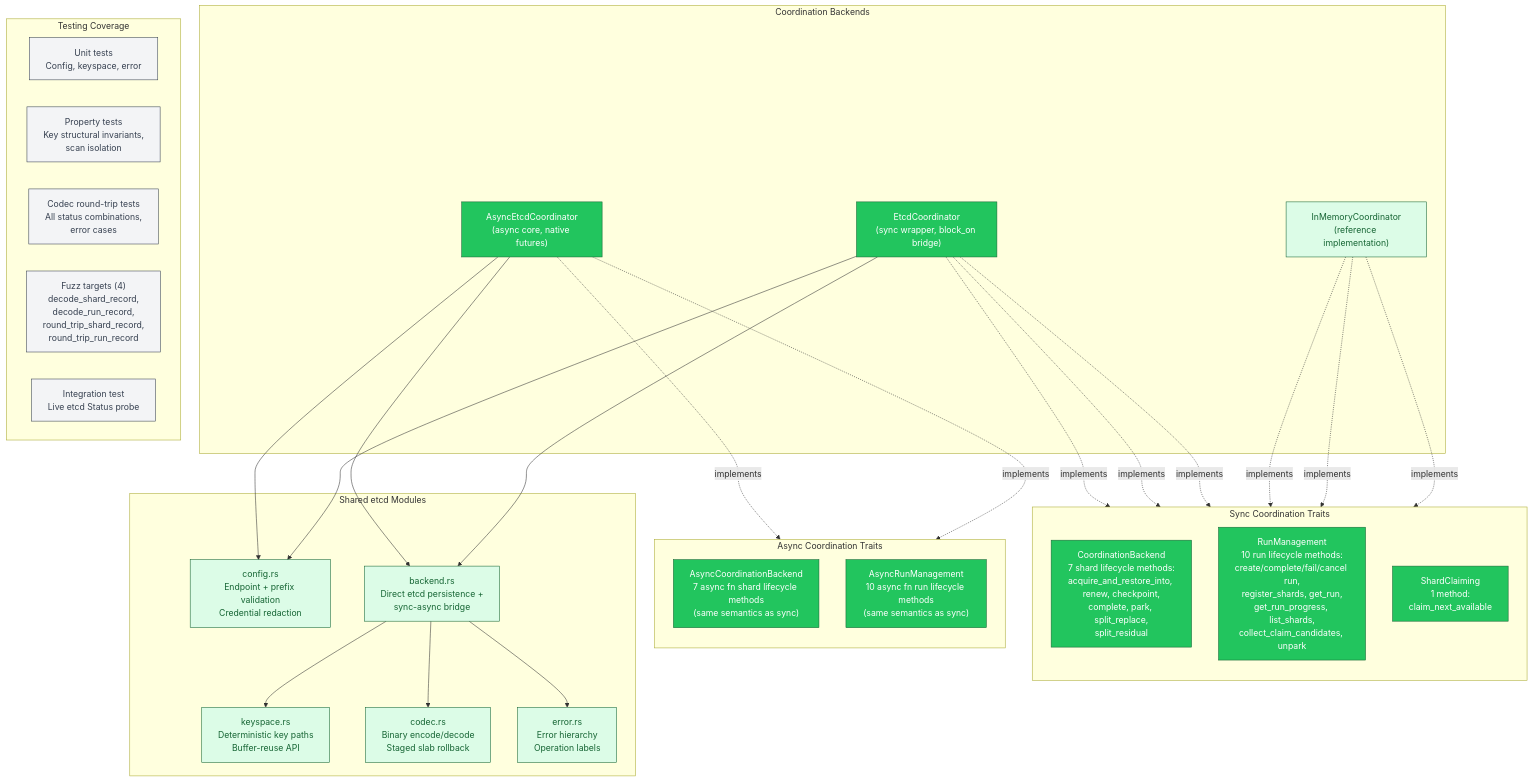
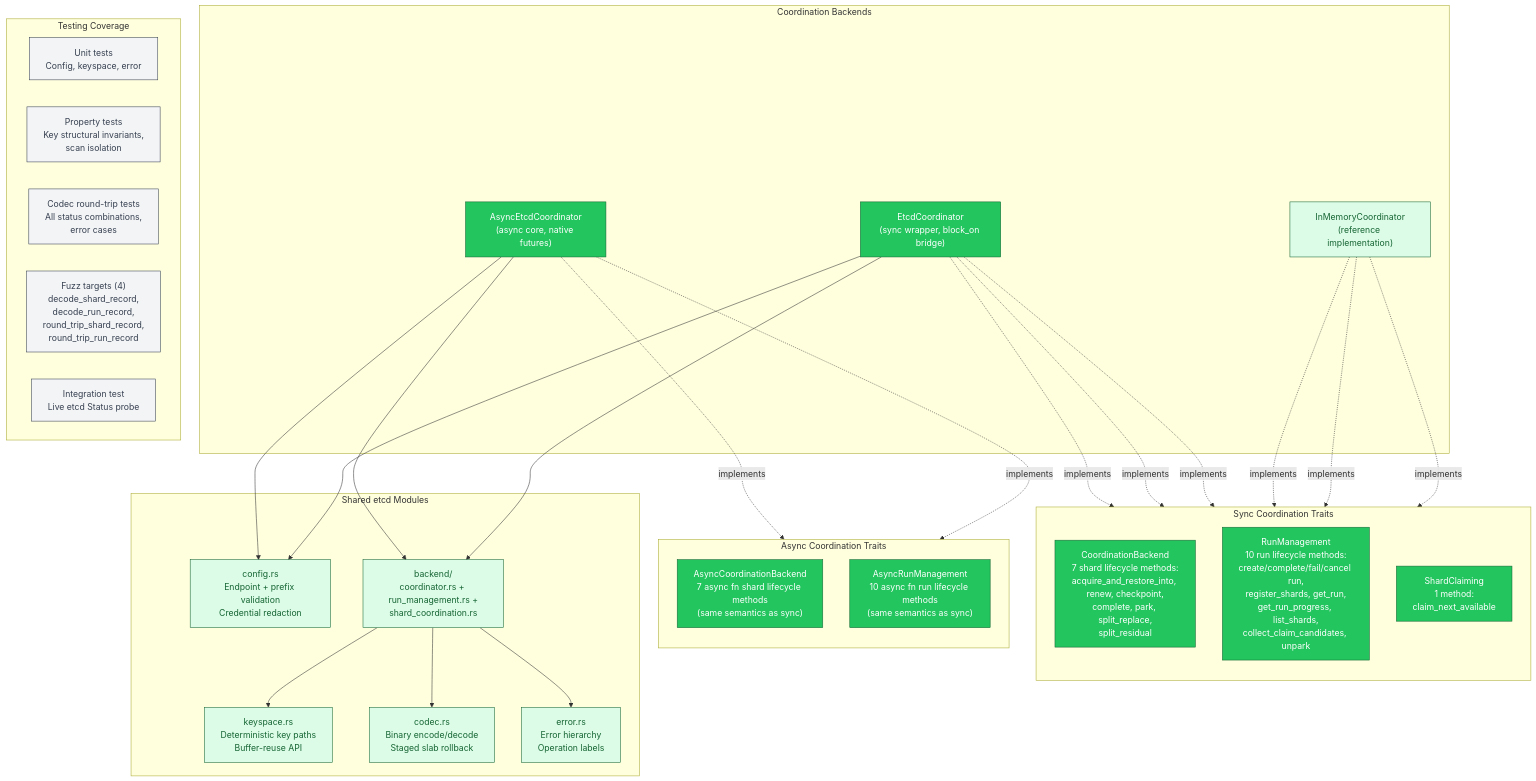
One commit to ahrav/Gossip-rs changed the sixth of 6 diagrams in diagrams/20-etcd-coordinator-persistence.md. Above: the diagram before and after it, drawn with Mermaid. The commit also changed other lines of this file and 1 other file, not shown here.

````diff
--- a/diagrams/20-etcd-coordinator-persistence.md
+++ b/diagrams/20-etcd-coordinator-persistence.md
@@ -439,80 +439,80 @@
 ```mermaid
 %% Diagram: etcd-trait-integration
 graph TB
     subgraph sync_traits ["Sync Coordination Traits"]
         direction TB
         CB_TRAIT["CoordinationBackend<br/>7 shard lifecycle methods:<br/>acquire_and_restore_into, renew, checkpoint,<br/>complete, park, split_replace,<br/>split_residual"]
         RM_TRAIT["RunManagement<br/>10 run lifecycle methods:<br/>create/complete/fail/cancel run,<br/>register_shards, get_run,<br/>get_run_progress, list_shards,<br/>collect_claim_candidates, unpark"]
         SC_TRAIT["ShardClaiming<br/>1 method:<br/>claim_next_available"]
     end
 
     subgraph async_traits ["Async Coordination Traits"]
         direction TB
         ACB_TRAIT["AsyncCoordinationBackend<br/>7 async fn shard lifecycle methods<br/>(same semantics as sync)"]
         ARM_TRAIT["AsyncRunManagement<br/>10 async fn run lifecycle methods<br/>(same semantics as sync)"]
     end
 
     subgraph backends ["Coordination Backends"]
         INMEM_BACK["InMemoryCoordinator<br/>(reference implementation)"]
         ETCD_BACK["EtcdCoordinator<br/>(sync wrapper, block_on bridge)"]
         ASYNC_ETCD_BACK["AsyncEtcdCoordinator<br/>(async core, native futures)"]
     end
 
     subgraph etcd_modules ["Shared etcd Modules"]
         MOD_CONFIG["config.rs<br/>Endpoint + prefix validation<br/>Credential redaction"]
         MOD_KS["keyspace.rs<br/>Deterministic key paths<br/>Buffer-reuse API"]
         MOD_CODEC["codec.rs<br/>Binary encode/decode<br/>Staged slab rollback"]
         MOD_ERR["error.rs<br/>Error hierarchy<br/>Operation labels"]
-        MOD_BACK["backend.rs<br/>Direct etcd persistence +<br/>sync-async bridge"]
+        MOD_BACK["backend/<br/>coordinator.rs + run_management.rs +<br/>shard_coordination.rs"]
     end
 
     subgraph testing ["Testing Coverage"]
         UNIT["Unit tests<br/>Config, keyspace, error"]
         PROP["Property tests<br/>Key structural invariants,<br/>scan isolation"]
         CODEC_TEST["Codec round-trip tests<br/>All status combinations,<br/>error cases"]
         FUZZ["Fuzz targets (4)<br/>decode_shard_record,<br/>decode_run_record,<br/>round_trip_shard_record,<br/>round_trip_run_record"]
         INTEG["Integration test<br/>Live etcd Status probe"]
     end
 
     INMEM_BACK -.->|"implements"| CB_TRAIT
     INMEM_BACK -.->|"implements"| RM_TRAIT
     INMEM_BACK -.->|"implements"| SC_TRAIT
 
     ETCD_BACK -.->|"implements"| CB_TRAIT
     ETCD_BACK -.->|"implements"| RM_TRAIT
     ETCD_BACK -.->|"implements"| SC_TRAIT
 
     ASYNC_ETCD_BACK -.->|"implements"| ACB_TRAIT
     ASYNC_ETCD_BACK -.->|"implements"| ARM_TRAIT
 
     ETCD_BACK --> MOD_CONFIG
     ETCD_BACK --> MOD_BACK
     ASYNC_ETCD_BACK --> MOD_CONFIG
     ASYNC_ETCD_BACK --> MOD_BACK
 
     MOD_BACK --> MOD_KS
     MOD_BACK --> MOD_CODEC
     MOD_BACK --> MOD_ERR
 
     style CB_TRAIT fill:#22C55E,stroke:#166534,color:#FFF
     style RM_TRAIT fill:#22C55E,stroke:#166534,color:#FFF
     style SC_TRAIT fill:#22C55E,stroke:#166534,color:#FFF
     style ACB_TRAIT fill:#22C55E,stroke:#166534,color:#FFF
     style ARM_TRAIT fill:#22C55E,stroke:#166534,color:#FFF
 
     style INMEM_BACK fill:#DCFCE7,stroke:#166534,color:#166534
     style ETCD_BACK fill:#22C55E,stroke:#166534,color:#FFF
     style ASYNC_ETCD_BACK fill:#22C55E,stroke:#166534,color:#FFF
 
     style MOD_CONFIG fill:#DCFCE7,stroke:#166534,color:#166534
     style MOD_KS fill:#DCFCE7,stroke:#166534,color:#166534
     style MOD_CODEC fill:#DCFCE7,stroke:#166534,color:#166534
     style MOD_ERR fill:#DCFCE7,stroke:#166534,color:#166534
     style MOD_BACK fill:#DCFCE7,stroke:#166534,color:#166534
 
     style UNIT fill:#F3F4F6,stroke:#374151,color:#374151
     style PROP fill:#F3F4F6,stroke:#374151,color:#374151
     style CODEC_TEST fill:#F3F4F6,stroke:#374151,color:#374151
     style FUZZ fill:#F3F4F6,stroke:#374151,color:#374151
     style INTEG fill:#F3F4F6,stroke:#374151,color:#374151
 ```
````
